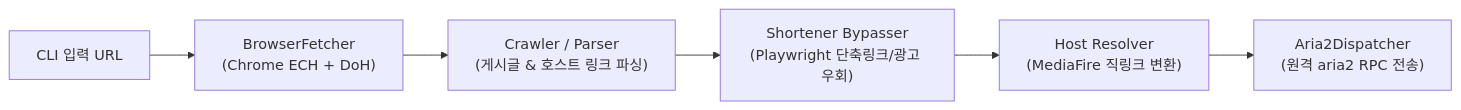
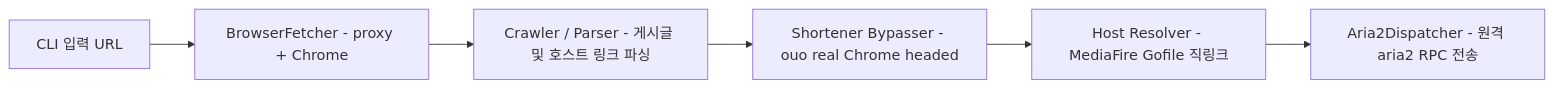
The diagram in README.md (deuxksy/Vesper-X), drawn with Mermaid before and after one commit. The commit also changed other lines of this file and 2 other files, not shown here.

Commit message:
docs: RULES/README/ROADMAP 감사 반영
- RULES: models 명령/DB 재생성 커맨드, mediafire IP 바인딩/멀티페이지/
  dispatch_log/ouo Cloudflare/models_db 운영 gotcha
- README: Mermaid 규칙 준수(graph 키워드, 태그 금지), 프록시 아키텍처
  라벨 갱신, models 기능/사용법 추가
- ROADMAP: 프록시 체이닝/SOCKS5 항목 brla gluetun 달성 표시

````diff
--- a/README.md
+++ b/README.md
@@ -20,8 +21,8 @@
 ```mermaid
-flowchart LR
-    URL["CLI 입력 URL"] --> Fetcher["BrowserFetcher<br>(Chrome ECH + DoH)"]
-    Fetcher --> Parser["Crawler / Parser<br>(게시글 & 호스트 링크 파싱)"]
-    Parser --> Bypasser["Shortener Bypasser<br>(Playwright 단축링크/광고 우회)"]
-    Bypasser --> Resolver["Host Resolver<br>(MediaFire 직링크 변환)"]
-    Resolver --> Dispatcher["Aria2Dispatcher<br>(원격 aria2 RPC 전송)"]
+graph LR
+    URL[CLI 입력 URL] --> Fetcher[BrowserFetcher - proxy + Chrome]
+    Fetcher --> Parser[Crawler / Parser - 게시글 및 호스트 링크 파싱]
+    Parser --> Bypasser[Shortener Bypasser - ouo real Chrome headed]
+    Bypasser --> Resolver[Host Resolver - MediaFire Gofile 직링크]
+    Resolver --> Dispatcher[Aria2Dispatcher - 원격 aria2 RPC 전송]
 ```
````
